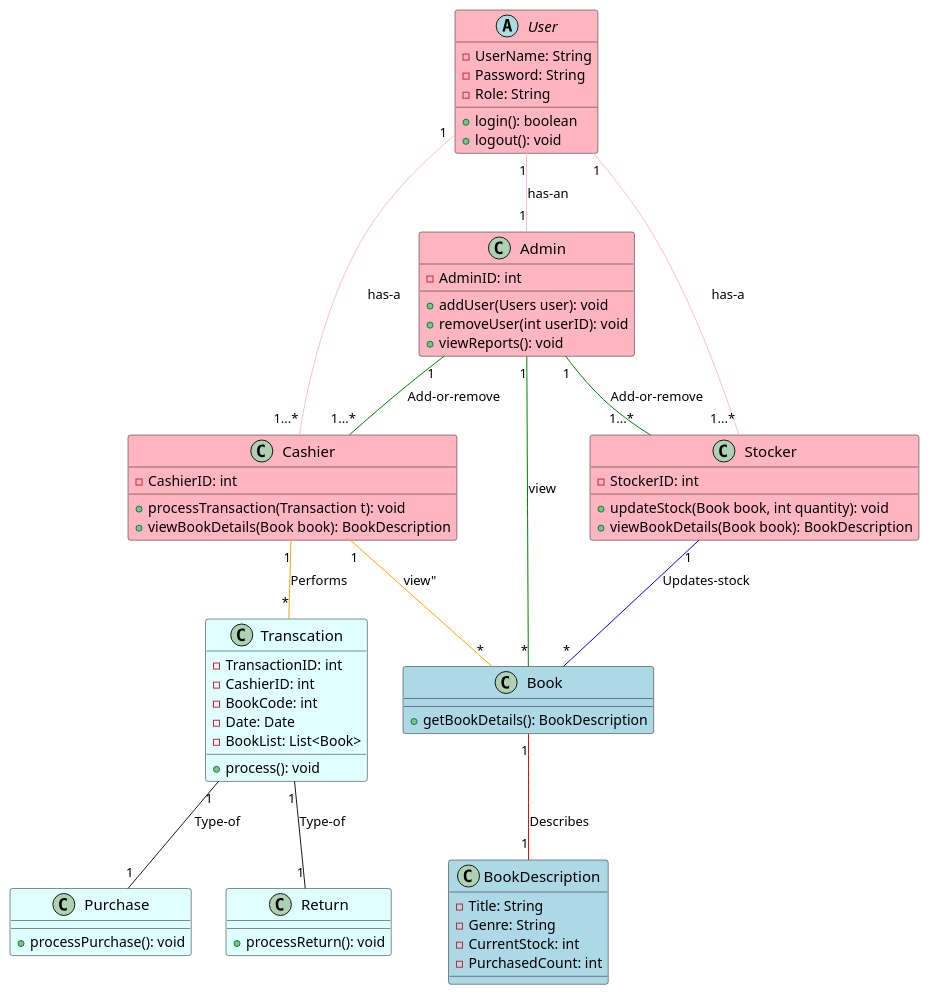
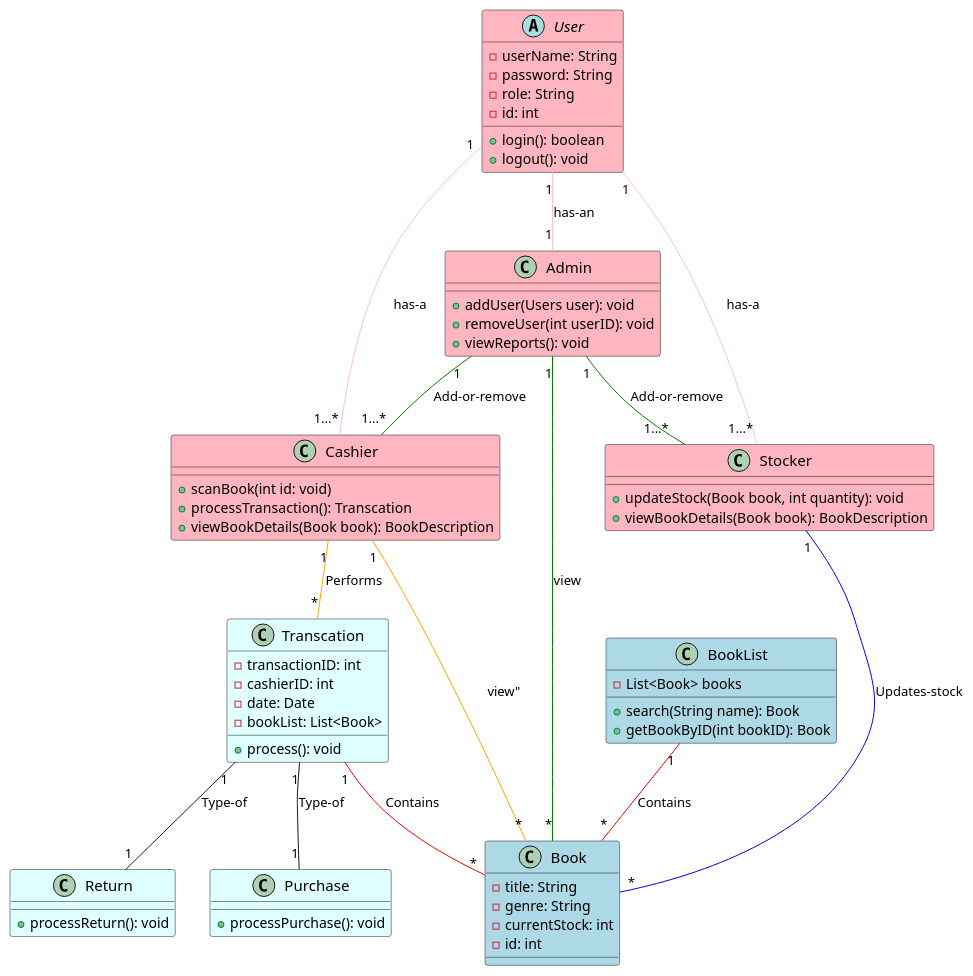
Before and after one commit to HabibaMekay/Bookstore-Management-System: the diagram in diagrams/class_diagram.puml, drawn with PlantUML. The commit also changed other lines of this file and 1 other file, not shown here.

Commit message:
Added changes to class diagram

```diff
--- a/diagrams/class_diagram.puml
+++ b/diagrams/class_diagram.puml
@@ -1,83 +1,81 @@
 @startuml
 
 abstract class User #LightPink{
--UserName: String
--Password: String
--Role: String
+-userName: String
+-password: String
+-role: String
+-id: int
 
 +login(): boolean
 +logout(): void
 }
 
 class Cashier #LightPink{
--CashierID: int
-+processTransaction(Transaction t): void
++scanBook(int id: void)
++processTransaction(): Transcation
 +viewBookDetails(Book book): BookDescription
 }
 
 class Stocker #LightPink{
--StockerID: int
 +updateStock(Book book, int quantity): void
 +viewBookDetails(Book book): BookDescription
 }
 
 class Admin #LightPink{
--AdminID: int
 +addUser(Users user): void
 +removeUser(int userID): void
 +viewReports(): void
 }
 
-class Book #LightBlue  {
-+getBookDetails(): BookDescription
+class BookList #LightBlue  {
+-List<Book> books
++search(String name): Book
++getBookByID(int bookID): Book
 }
 
-class BookDescription #LightBlue   {
--Title: String
--Genre: String
--CurrentStock: int
--PurchasedCount: int
+class Book #LightBlue   {
+-title: String
+-genre: String
+-currentStock: int
+-id: int
 }
 
 class Transcation #LightCyan{
--TransactionID: int
--CashierID: int
--BookCode: int
--Date: Date
--BookList: List<Book>
+-transactionID: int
+-cashierID: int
+-date: Date
+-bookList: List<Book>
 +process(): void
 }
 
 class Purchase #LightCyan{
  +processPurchase(): void
 }
 
 class Return #LightCyan{
 +processReturn(): void
 }
 
 
 User "1" -- "1...*" Cashier #pink:"has-a"
 User "1" -- "1...*" Stocker #pink:"has-a"
 User "1" -- "1" Admin  #pink:"has-an"
 
 Stocker "1" -- "*" Book #blue:"Updates-stock"
 Admin "1" -- "1...*" Cashier #green : "Add-or-remove"
 Admin "1" -- "1...*" Stocker #green: "Add-or-remove"
 Cashier "1" -- "*" Transcation #orange: "Performs"
 Admin "1" -- "*" Book #green: "view"
 Cashier"1" -- "*" Book #orange: "view""
-Book "1" -- "1" BookDescription #red: "Describes"
+BookList "1" -- "*" Book #red: "Contains"
+Transcation "1" -- "*" Book #red: "Contains"
 Transcation"1" -- "1" Purchase : "Type-of"
 Transcation"1" -- "1" Return : "Type-of"
 
 
 skinparam class {
 FontName Times New Roman
 FontSize 15
  }
 
-
-
-
 @enduml
```
